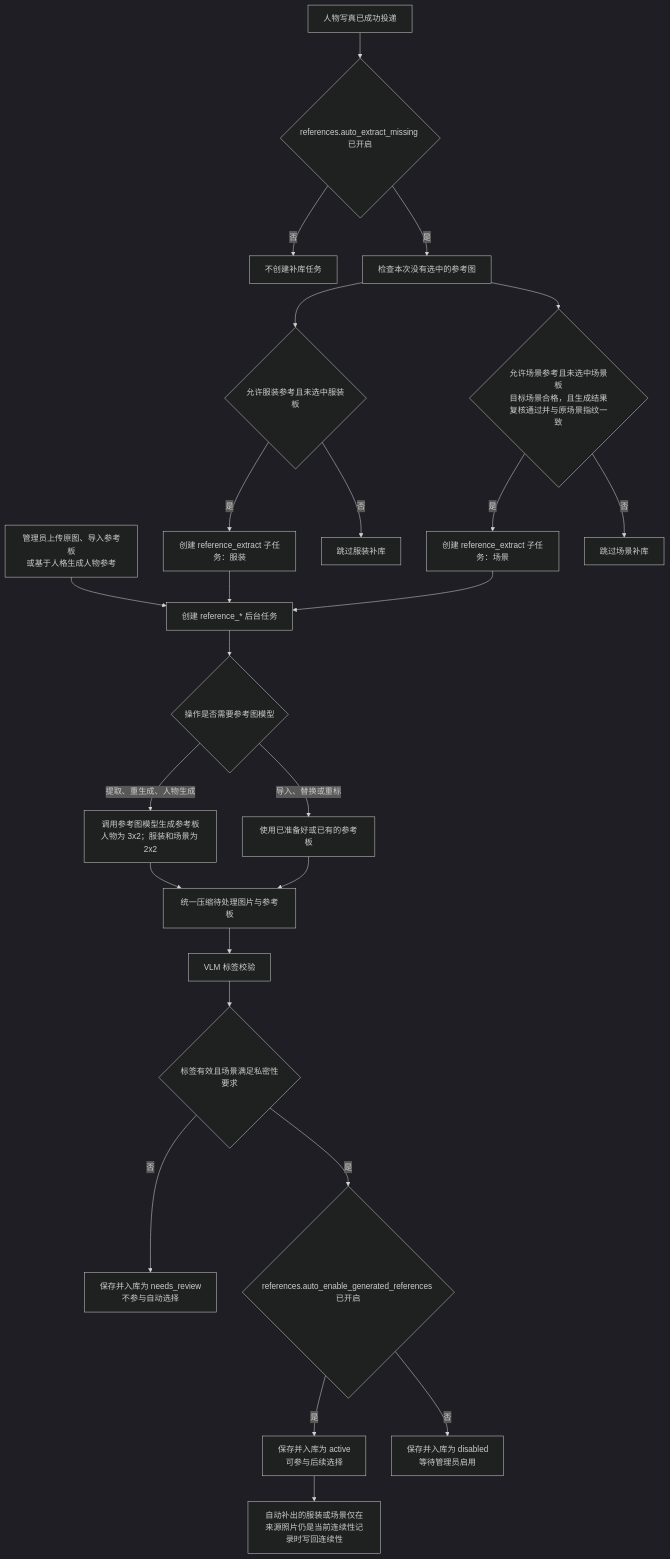
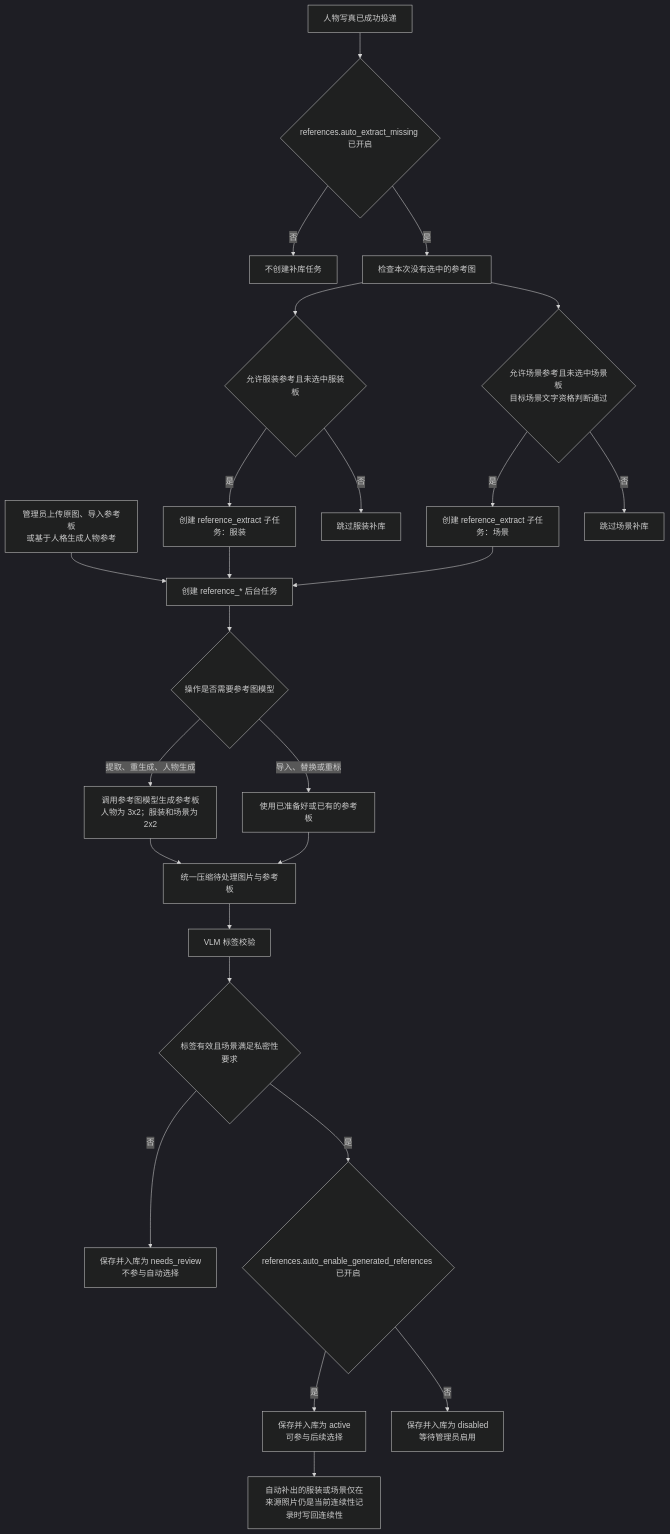
One commit to tsuiraku9/maitu-photo-studio changed the second of 2 diagrams in README.md. Above: the diagram before and after it, drawn with Mermaid (dark theme). The commit also changed other lines of this file and 3 other files, not shown here.

````diff
--- a/README.md
+++ b/README.md
@@ -71,27 +71,27 @@
 ```mermaid
 flowchart TD
     A[管理员上传原图、导入参考板<br/>或基于人格生成人物参考] --> B[创建 reference_* 后台任务]
     C[人物写真已成功投递] --> D{references.auto_extract_missing 已开启}
     D -- 否 --> Z[不创建补库任务]
     D -- 是 --> E[检查本次没有选中的参考图]
     E --> F{允许服装参考且未选中服装板}
-    E --> G{允许场景参考且未选中场景板<br/>目标场景合格，且生成结果复核通过并与原场景指纹一致}
+    E --> G{允许场景参考且未选中场景板<br/>目标场景文字资格判断通过}
     F -- 是 --> H[创建 reference_extract 子任务：服装]
     G -- 是 --> I[创建 reference_extract 子任务：场景]
     F -- 否 --> J[跳过服装补库]
     G -- 否 --> K[跳过场景补库]
     H --> B
     I --> B
     B --> L{操作是否需要参考图模型}
     L -- 提取、重生成、人物生成 --> M[调用参考图模型生成参考板<br/>人物为 3x2；服装和场景为 2x2]
     L -- 导入、替换或重标 --> N[使用已准备好或已有的参考板]
     M --> O[统一压缩待处理图片与参考板]
     N --> O
     O --> P[VLM 标签校验]
     P --> Q{标签有效且场景满足私密性要求}
     Q -- 否 --> R[保存并入库为 needs_review<br/>不参与自动选择]
     Q -- 是 --> T{references.auto_enable_generated_references 已开启}
     T -- 是 --> U[保存并入库为 active<br/>可参与后续选择]
     T -- 否 --> V[保存并入库为 disabled<br/>等待管理员启用]
     U --> W[自动补出的服装或场景仅在<br/>来源照片仍是当前连续性记录时写回连续性]
 ```
````
